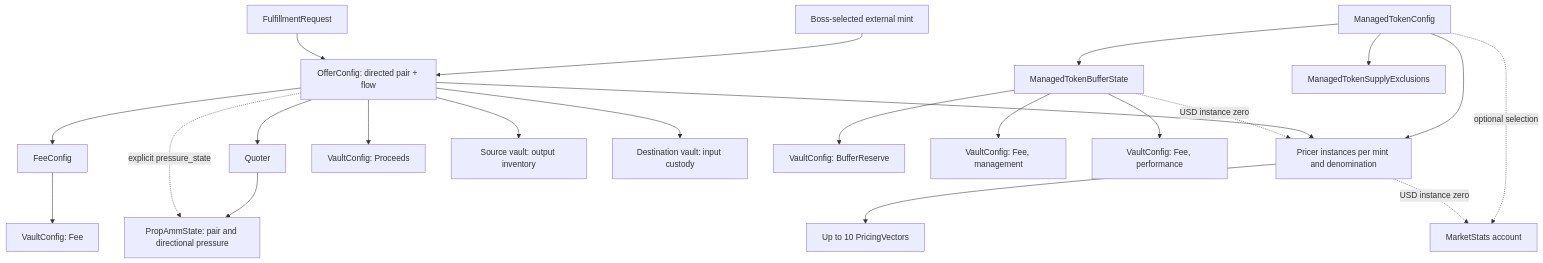
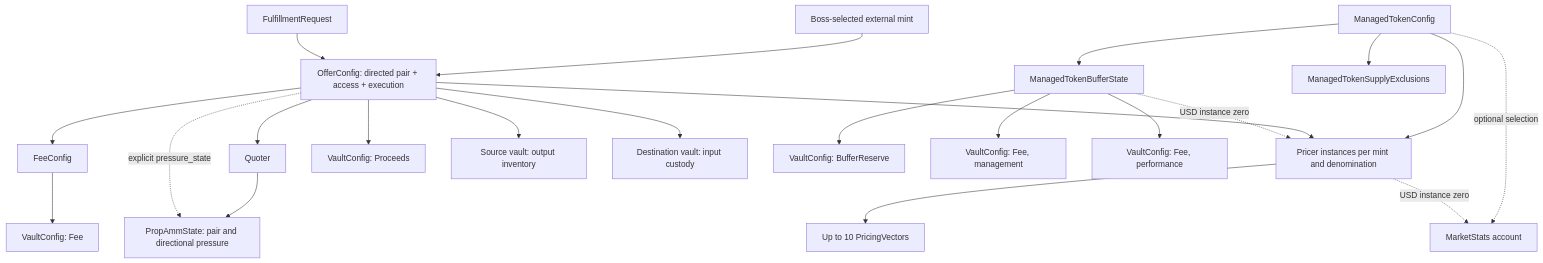
Before and after one commit to onre-finance/onre-sol: the diagram in docs/MODULAR_MODEL.md, drawn with Mermaid. The commit also changed other lines of this file and 38 other files, not shown here.

First line of the commit message:
feat: worker fulfillment requests; split offer flow into access and execution

````diff
--- a/docs/MODULAR_MODEL.md
+++ b/docs/MODULAR_MODEL.md
@@ -33,24 +33,24 @@
 ```mermaid
 flowchart TD
     Asset[Boss-selected external mint] --> Offer
     Token[ManagedTokenConfig] --> Pricer[Pricer instances per mint and denomination]
     Pricer --> Vectors[Up to 10 PricingVectors]
     Token --> Buffer[ManagedTokenBufferState]
     Token --> Exclusions[ManagedTokenSupplyExclusions]
     Token -. optional selection .-> Stats[MarketStats account]
     Pricer -. USD instance zero .-> Stats
-    Offer[OfferConfig: directed pair + flow] --> Quoter
+    Offer[OfferConfig: directed pair + access + execution] --> Quoter
     Offer --> Fee[FeeConfig]
     Fee --> FeeVault[VaultConfig: Fee]
     Offer --> Proceeds[VaultConfig: Proceeds]
     Offer --> Source[Source vault: output inventory]
     Offer --> Destination[Destination vault: input custody]
     Offer --> Pricer
     Quoter --> Amm[PropAmmState: pair and directional pressure]
     Offer -. explicit pressure_state .-> Amm
     Request[FulfillmentRequest] --> Offer
     Buffer --> Reserve[VaultConfig: BufferReserve]
     Buffer --> Management[VaultConfig: Fee, management]
     Buffer --> Performance[VaultConfig: Fee, performance]
     Buffer -. USD instance zero .-> Pricer
 ```
````
